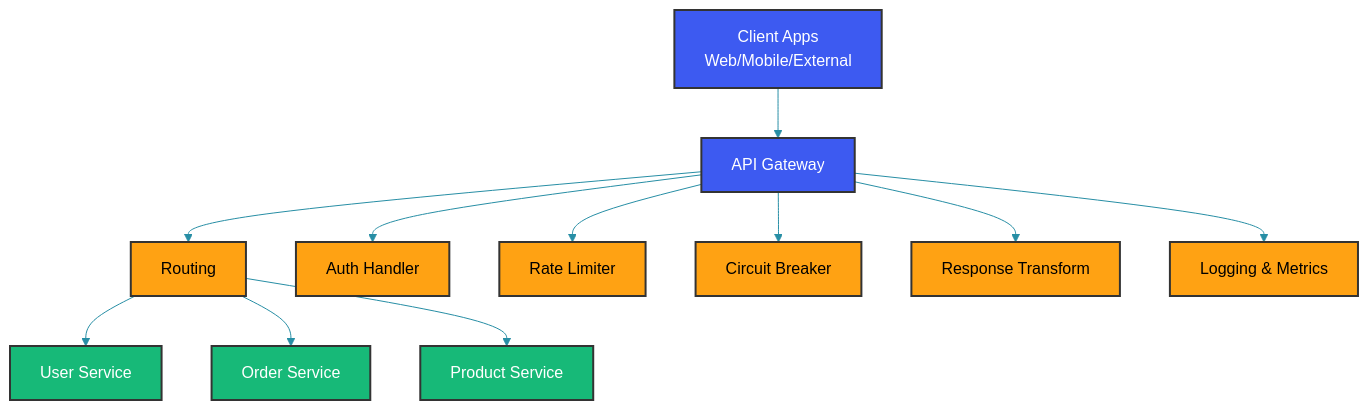
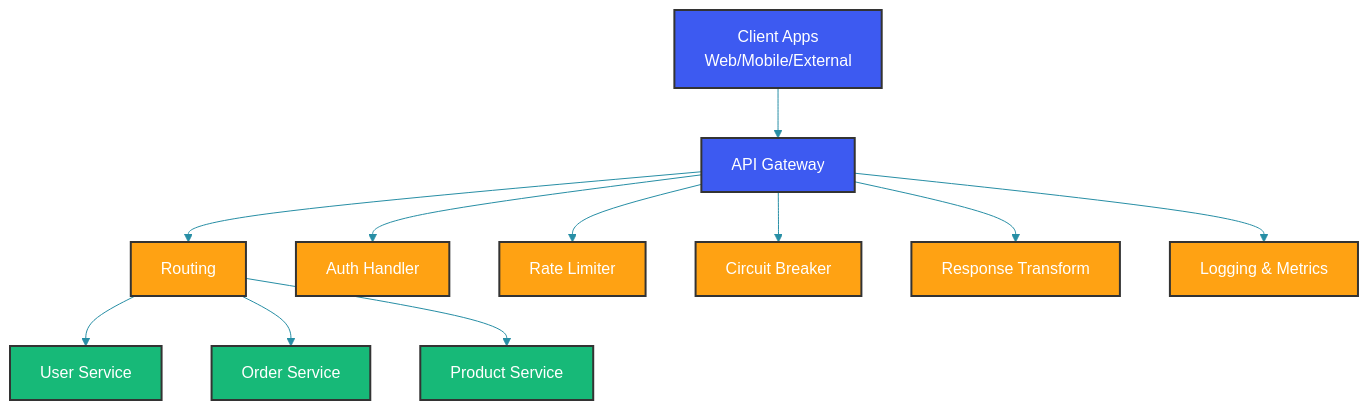
The diagram in blogs/backend/microservices/api-gateway-pattern.md (abhi9720/EngineeringBlogs), drawn with Mermaid (neutral theme) before and after one commit. The commit also changed other lines of this file and 246 other files, not shown here.

````diff
--- a/blogs/backend/microservices/api-gateway-pattern.md
+++ b/blogs/backend/microservices/api-gateway-pattern.md
@@ -31,27 +31,27 @@
 ```mermaid
 flowchart TB
 
     Clients[Client Apps<br/>Web/Mobile/External] --> Gateway[API Gateway]
 
     Gateway --> Routing[Routing]
     Gateway --> Auth[Auth Handler]
     Gateway --> RateLimiter[Rate Limiter]
     Gateway --> CircuitBreaker[Circuit Breaker]
     Gateway --> ResponseTransform[Response Transform]
     Gateway --> Logging[Logging & Metrics]
 
     Routing --> UserService[User Service]
     Routing --> OrderService[Order Service]
     Routing --> ProductService[Product Service]
 
     linkStyle default stroke:#278ea5
 
     classDef green fill:#17b978,stroke:#333,stroke-width:2px,color:#fff
     classDef blue fill:#3d5af1,stroke:#333,stroke-width:2px,color:#fff
     classDef pink fill:#f3558e,stroke:#333,stroke-width:2px,color:#fff
-    classDef yellow fill:#FFA213,stroke:#333,stroke-width:2px,color:#000
+    classDef yellow fill:#FFA213,stroke:#333,stroke-width:2px,color:#fff
 
     class UserService,OrderService,ProductService green
     class Clients,Gateway blue
     class Routing,Auth,RateLimiter,CircuitBreaker,ResponseTransform,Logging yellow
 ```
````
